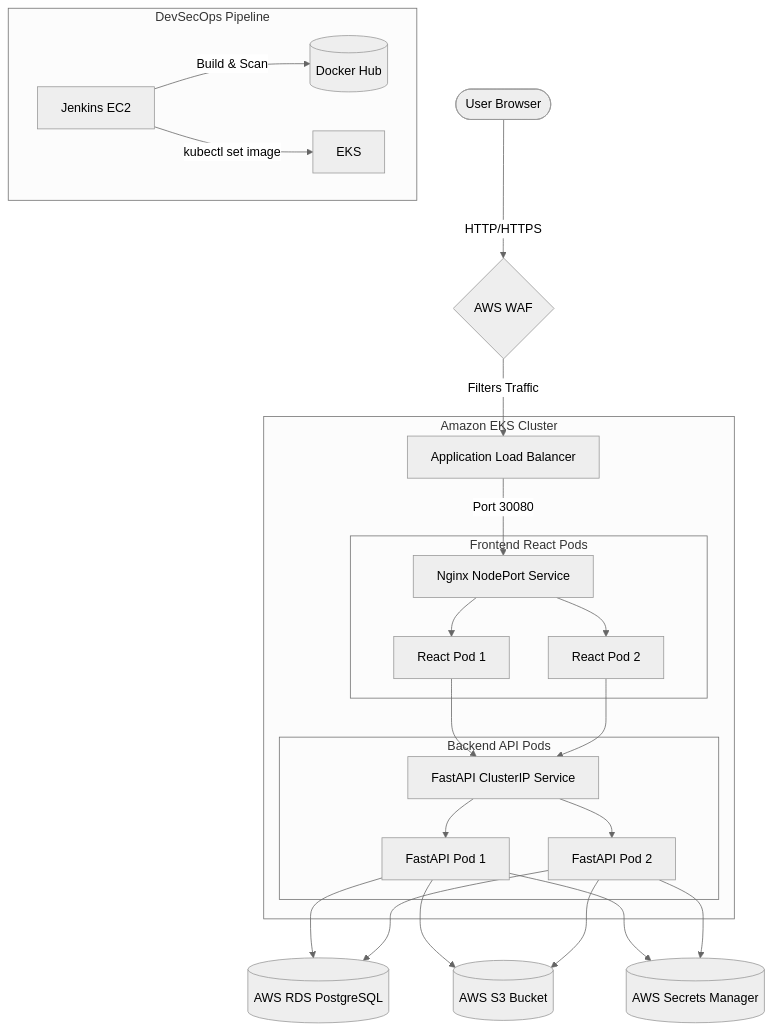
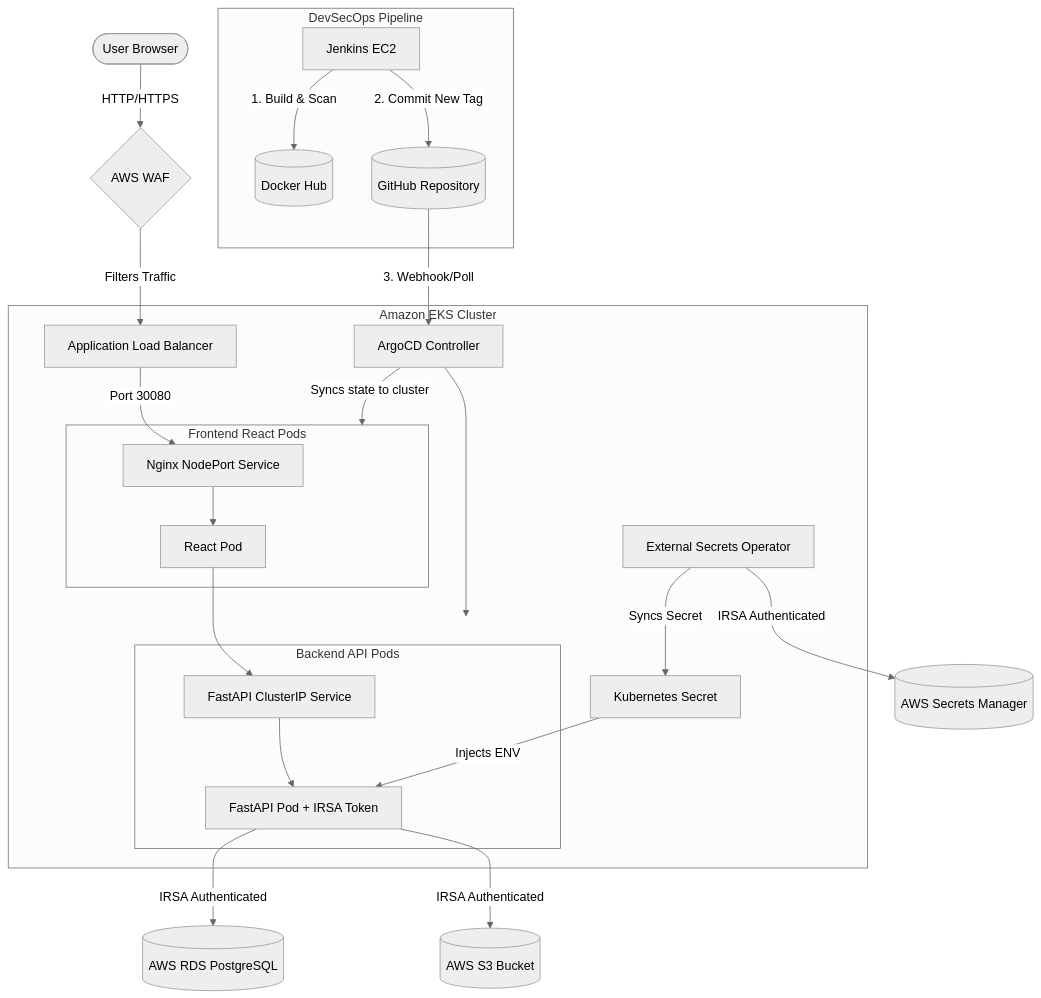
The diagram in README.md (Aoun62336/AssembleMonitor-DevOps), drawn with Mermaid (neutral theme) before and after one commit. The commit also changed other lines of this file and 1 other file, not shown here.

Commit message:
docs: update architecture documentation, add project icons, and ignore .agents folder

````diff
--- a/README.md
+++ b/README.md
@@ -66,35 +75,34 @@
 ```mermaid
 flowchart TD
     User([User Browser]) -->|HTTP/HTTPS| WAF{AWS WAF}
     WAF -->|Filters Traffic| ALB[Application Load Balancer]
     
     subgraph Amazon EKS [Amazon EKS Cluster]
         ALB -->|Port 30080| NodePort[Nginx NodePort Service]
         
         subgraph Frontend [Frontend React Pods]
-            NodePort --> React1[React Pod 1]
-            NodePort --> React2[React Pod 2]
+            NodePort --> React1[React Pod]
         end
         
         subgraph Backend [Backend API Pods]
             React1 --> API[FastAPI ClusterIP Service]
-            React2 --> API
-            API --> Fast1[FastAPI Pod 1]
-            API --> Fast2[FastAPI Pod 2]
+            API --> Fast1[FastAPI Pod + IRSA Token]
         end
+        
+        ArgoCD[ArgoCD Controller] -->|Syncs state to cluster| Frontend
+        ArgoCD --> Backend
+        
+        ESO[External Secrets Operator] -->|Syncs Secret| K8sSecret[Kubernetes Secret]
+        K8sSecret -->|Injects ENV| Fast1
     end
     
-    Fast1 --> RDS[(AWS RDS PostgreSQL)]
-    Fast2 --> RDS
-    
-    Fast1 --> S3[(AWS S3 Bucket)]
-    Fast2 --> S3
-    
-    Fast1 --> Secrets[(AWS Secrets Manager)]
-    Fast2 --> Secrets
+    Fast1 -->|IRSA Authenticated| RDS[(AWS RDS PostgreSQL)]
+    Fast1 -->|IRSA Authenticated| S3[(AWS S3 Bucket)]
+    ESO -->|IRSA Authenticated| Secrets[(AWS Secrets Manager)]
 
-    subgraph CI/CD [DevSecOps Pipeline]
-        Jenkins[Jenkins EC2] -->|Build & Scan| DockerHub[(Docker Hub)]
-        Jenkins -->|kubectl set image| EKS
+    subgraph DevSecOps Pipeline
+        Jenkins[Jenkins EC2] -->|1. Build & Scan| DockerHub[(Docker Hub)]
+        Jenkins -->|2. Commit New Tag| GitHub[(GitHub Repository)]
+        GitHub -->|3. Webhook/Poll| ArgoCD
     end
 ```
````
